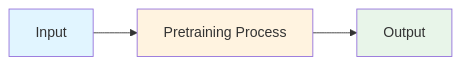
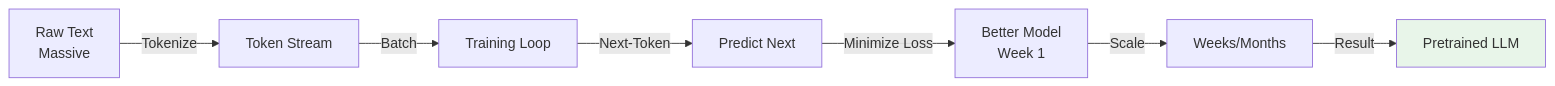
Before and after one commit to souradeepta/interviewprep-ai: the first of 2 diagrams in llm/concepts/pretraining.md, drawn with Mermaid. The commit also changed other lines of this file and 33 other files, not shown here.

````diff
--- a/llm/concepts/pretraining.md
+++ b/llm/concepts/pretraining.md
@@ -115,9 +115,10 @@
 ```mermaid
 graph LR
-    A["Input"] --> B["Pretraining Process"]
-    B --> C["Output"]
-
-    style A fill:#e1f5ff
-    style B fill:#fff3e0
-    style C fill:#e8f5e9
+    A["Raw Text<br/>Massive"] -->|Tokenize| B["Token Stream"]
+    B -->|Batch| C["Training Loop"]
+    C -->|Next-Token| D["Predict Next"]
+    D -->|Minimize Loss| E["Better Model<br/>Week 1"]
+    E -->|Scale| F["Weeks/Months"]
+    F -->|Result| G["Pretrained LLM"]
+    style G fill:#e8f5e9
 ```
````
